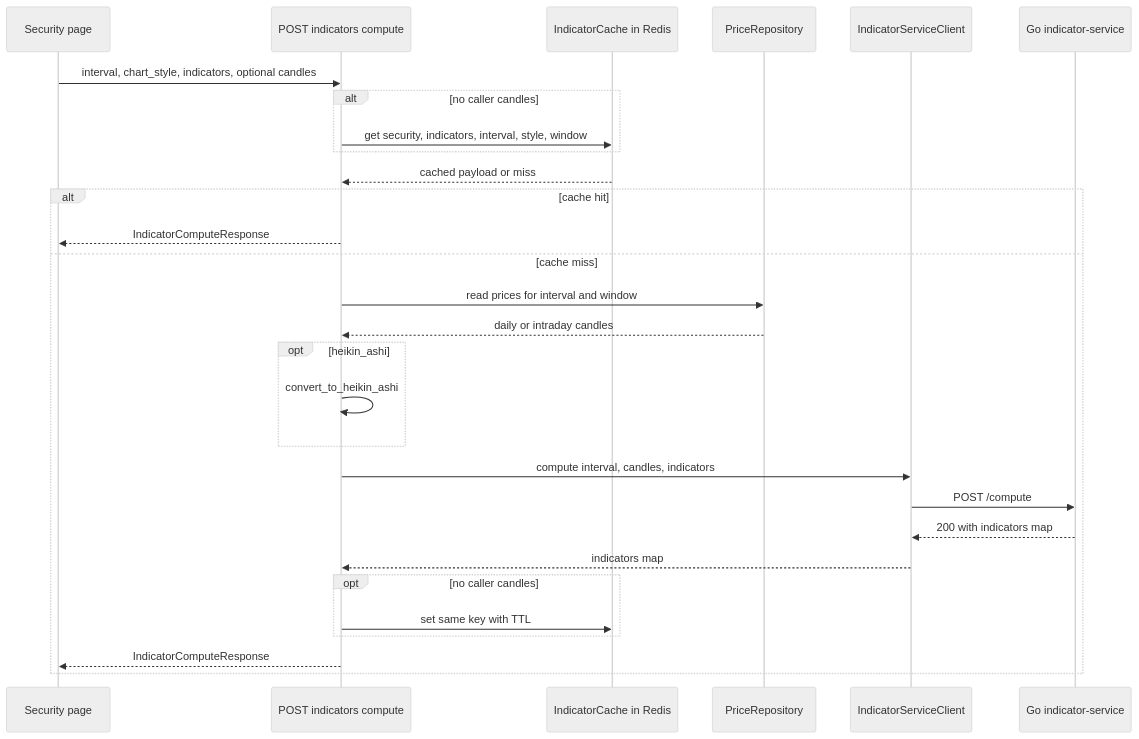
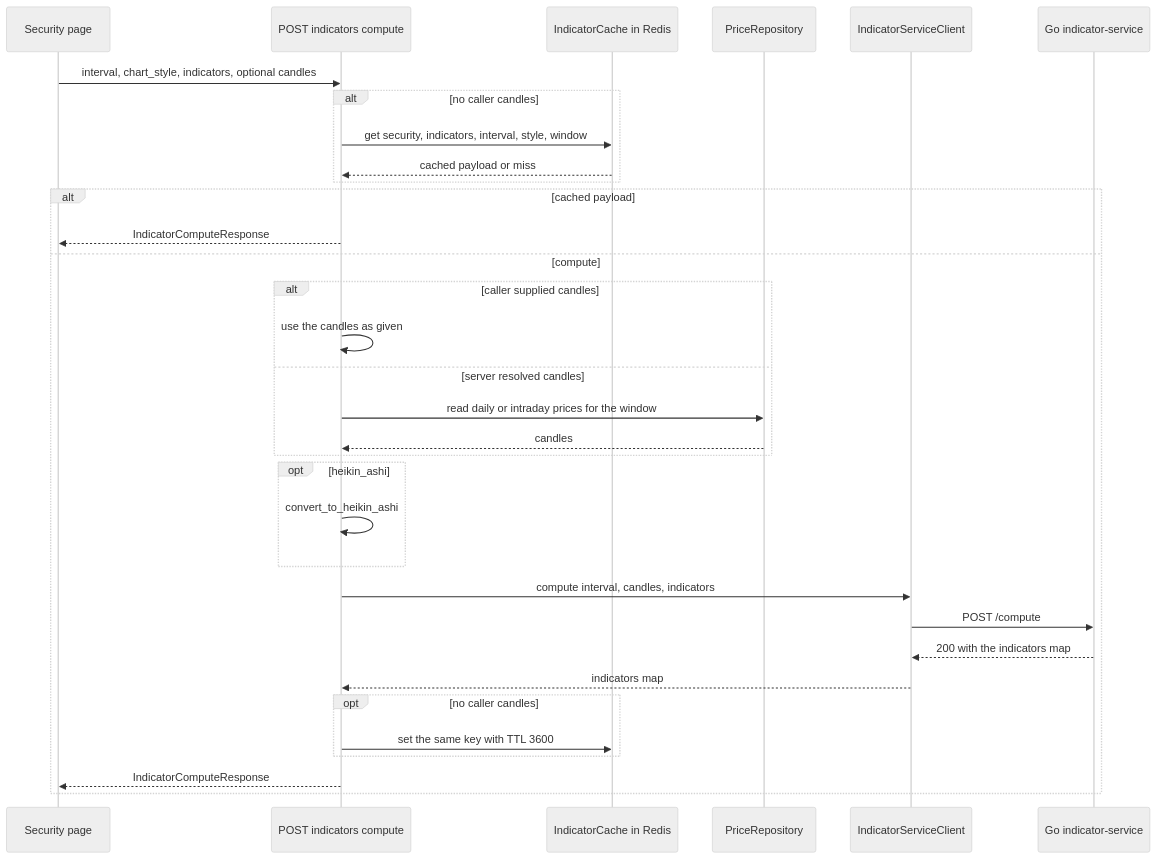
One commit to havekes/retail-portfolio changed the second of 2 diagrams in openwiki/workflows/market-data-and-indicators.md. Above: the diagram before and after it, drawn with Mermaid (neutral theme). The commit also changed other lines of this file and 57 other files, not shown here.

````diff
--- a/openwiki/workflows/market-data-and-indicators.md
+++ b/openwiki/workflows/market-data-and-indicators.md
@@ -191,32 +228,36 @@
 ```mermaid
 sequenceDiagram
     participant Page as Security page
     participant Route as POST indicators compute
     participant Cache as IndicatorCache in Redis
     participant Repo as PriceRepository
     participant Client as IndicatorServiceClient
     participant Sidecar as Go indicator-service
 
     Page->>Route: interval, chart_style, indicators, optional candles
     alt no caller candles
         Route->>Cache: get security, indicators, interval, style, window
+        Cache-->>Route: cached payload or miss
     end
-    Cache-->>Route: cached payload or miss
-    alt cache hit
+    alt cached payload
         Route-->>Page: IndicatorComputeResponse
-    else cache miss
-        Route->>Repo: read prices for interval and window
-        Repo-->>Route: daily or intraday candles
+    else compute
+        alt caller supplied candles
+            Route->>Route: use the candles as given
+        else server resolved candles
+            Route->>Repo: read daily or intraday prices for the window
+            Repo-->>Route: candles
+        end
         opt heikin_ashi
             Route->>Route: convert_to_heikin_ashi
         end
         Route->>Client: compute interval, candles, indicators
         Client->>Sidecar: POST /compute
-        Sidecar-->>Client: 200 with indicators map
+        Sidecar-->>Client: 200 with the indicators map
         Client-->>Route: indicators map
         opt no caller candles
-            Route->>Cache: set same key with TTL
+            Route->>Cache: set the same key with TTL 3600
         end
         Route-->>Page: IndicatorComputeResponse
     end
 ```
````
